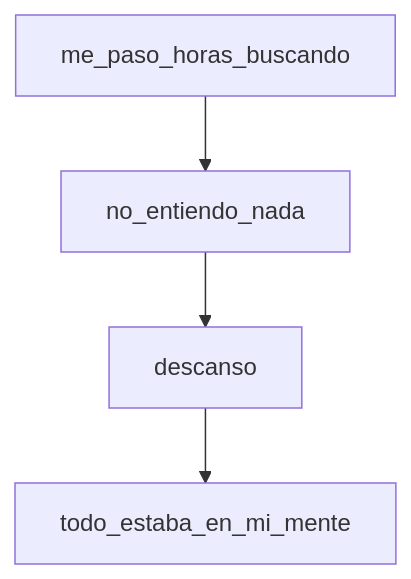
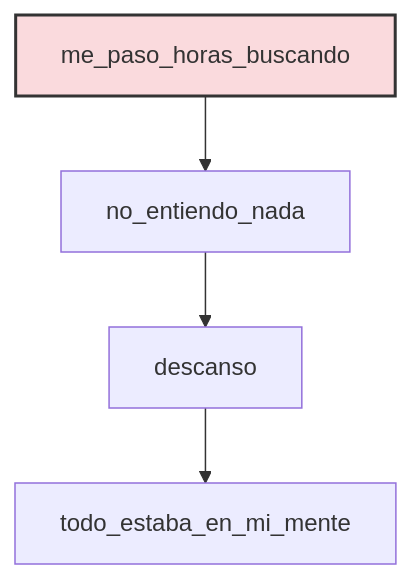
The diagram in README.md (sofiaotero-ascii/mi_proyecto_tierno), drawn with Mermaid before and after one commit.

````diff
--- a/README.md
+++ b/README.md
@@ -2,6 +2,7 @@
 ```mermaid
 graph TD;
     me_paso_horas_buscando-->no_entiendo_nada;
     no_entiendo_nada-->descanso;
     descanso-->todo_estaba_en_mi_mente;
+ style me_paso_horas_buscando fill:#FADADD,stroke:#333,stroke-width:2px;
  ```
````
